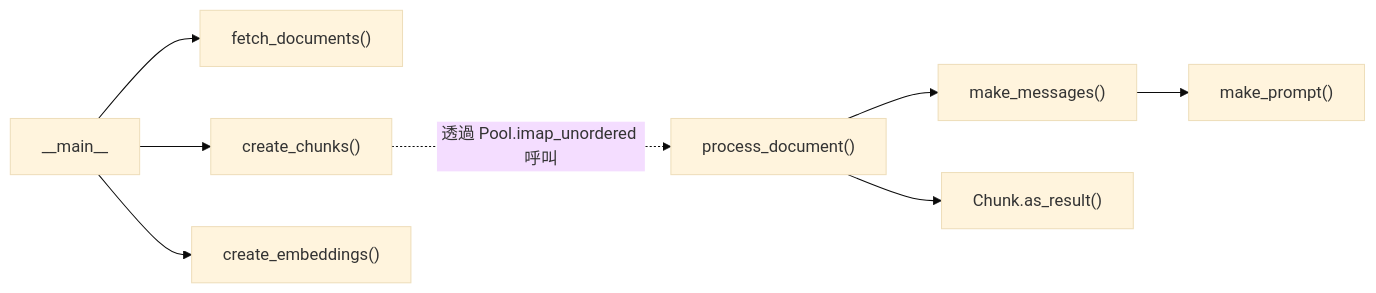
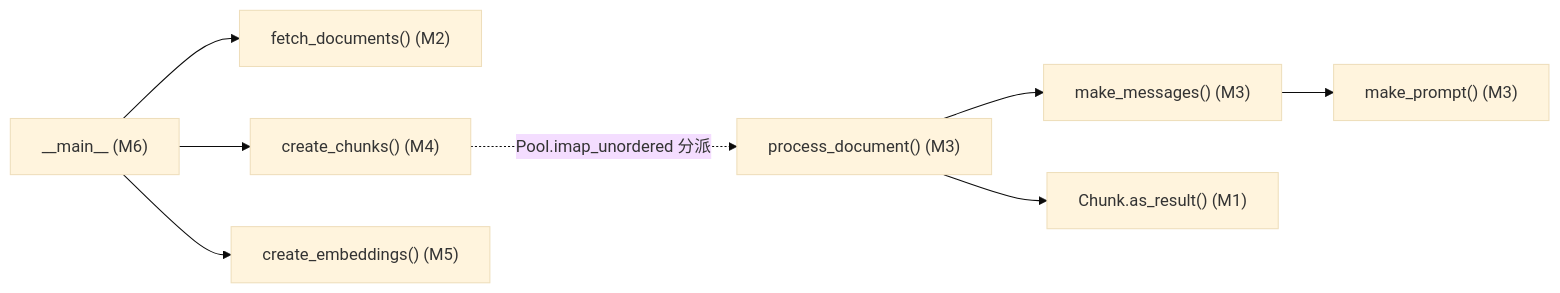
The second of 2 diagrams in docs/architecture/ingest-overview.md (teddy7x7/company-rag), drawn with Mermaid (base theme) before and after one commit. The commit also changed other lines of this file and 8 other files, not shown here.

````diff
--- a/docs/architecture/ingest-overview.md
+++ b/docs/architecture/ingest-overview.md
@@ -164,11 +141,11 @@
 ```mermaid
 graph LR
-    Main["__main__"] --> fetch_documents["fetch_documents()"]
-    Main --> create_chunks["create_chunks()"]
-    Main --> create_embeddings["create_embeddings()"]
+    Main["__main__ (M6)"] --> fetch_documents["fetch_documents() (M2)"]
+    Main --> create_chunks["create_chunks() (M4)"]
+    Main --> create_embeddings["create_embeddings() (M5)"]
 
-    create_chunks -.->|透過 Pool.imap_unordered 呼叫| process_document["process_document()"]
-    process_document --> make_messages["make_messages()"]
-    make_messages --> make_prompt["make_prompt()"]
-    process_document --> Chunk_as_result["Chunk.as_result()"]
+    create_chunks -.->|Pool.imap_unordered 分派| process_document["process_document() (M3)"]
+    process_document --> make_messages["make_messages() (M3)"]
+    make_messages --> make_prompt["make_prompt() (M3)"]
+    process_document --> Chunk_as_result["Chunk.as_result() (M1)"]
 ```
````
